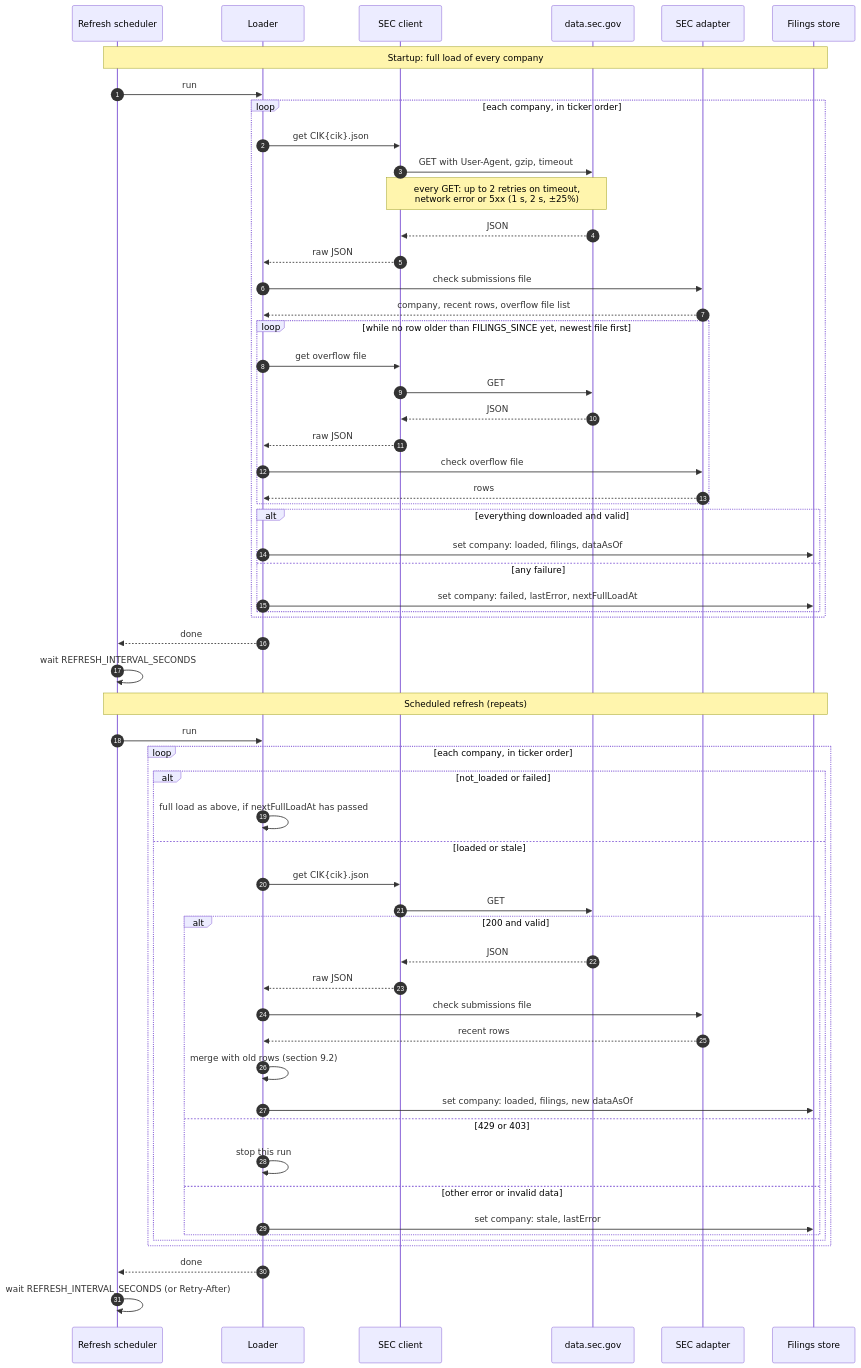
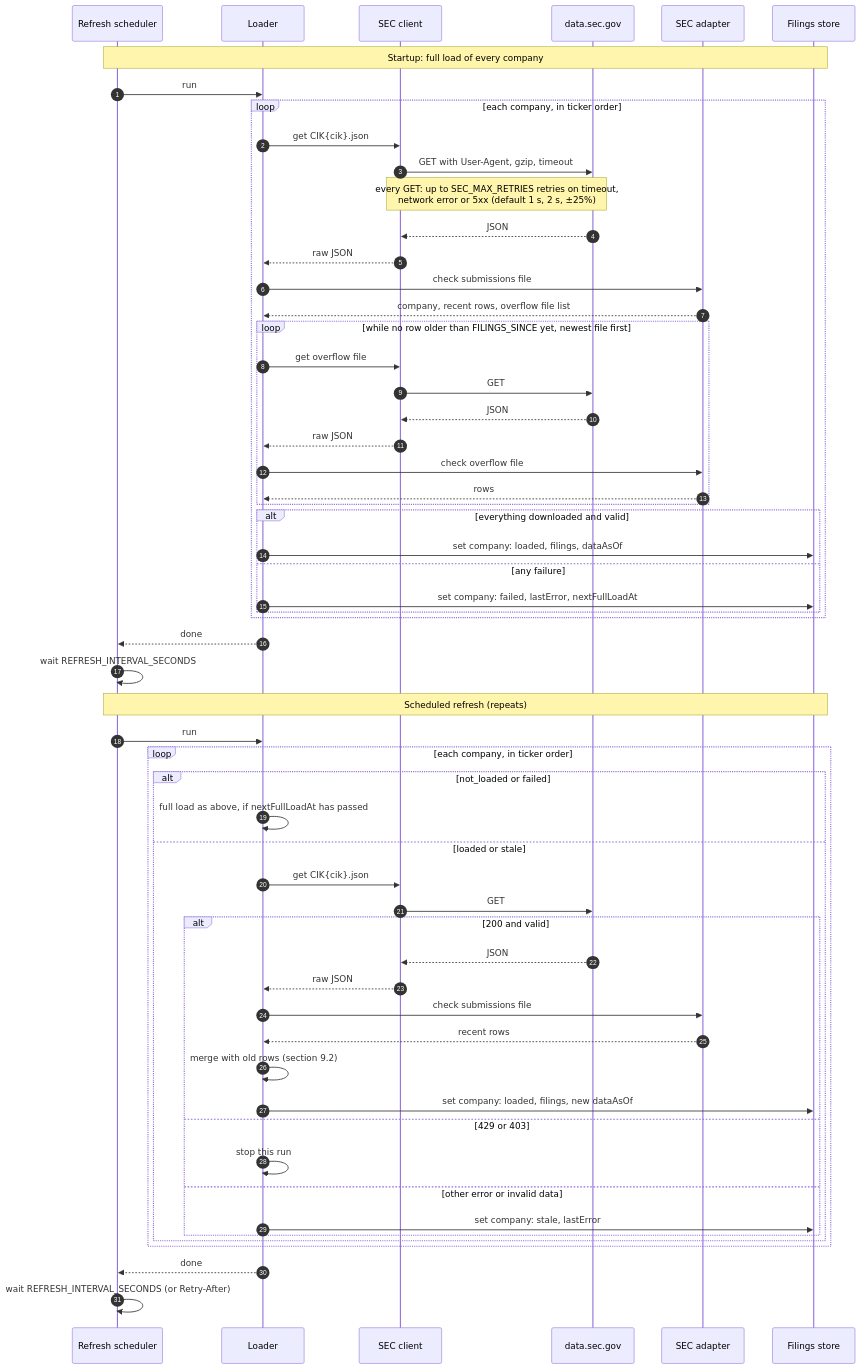
Before and after one commit to mostofakamal/edgar-filings-api: the second of 3 diagrams in docs/specs/2026-11-20-filings-api-core.md, drawn with Mermaid. The commit also changed other lines of this file and 7 other files, not shown here.

Commit message:
feat(sec): add SEC client with configurable URL, rate, timeout and retries

````diff
--- a/docs/specs/2026-11-20-filings-api-core.md
+++ b/docs/specs/2026-11-20-filings-api-core.md
@@ -553,62 +557,62 @@
 ```mermaid
 sequenceDiagram
     autonumber
     participant Sch as Refresh scheduler
     participant L as Loader
     participant C as SEC client
     participant SEC as data.sec.gov
     participant A as SEC adapter
     participant St as Filings store
 
     Note over Sch,St: Startup: full load of every company
     Sch->>L: run
     loop each company, in ticker order
         L->>C: get CIK{cik}.json
         C->>SEC: GET with User-Agent, gzip, timeout
-        Note over C,SEC: every GET: up to 2 retries on timeout,<br/>network error or 5xx (1 s, 2 s, ±25%)
+        Note over C,SEC: every GET: up to SEC_MAX_RETRIES retries on timeout,<br/>network error or 5xx (default 1 s, 2 s, ±25%)
         SEC-->>C: JSON
         C-->>L: raw JSON
         L->>A: check submissions file
         A-->>L: company, recent rows, overflow file list
         loop while no row older than FILINGS_SINCE yet, newest file first
             L->>C: get overflow file
             C->>SEC: GET
             SEC-->>C: JSON
             C-->>L: raw JSON
             L->>A: check overflow file
             A-->>L: rows
         end
         alt everything downloaded and valid
             L->>St: set company: loaded, filings, dataAsOf
         else any failure
             L->>St: set company: failed, lastError, nextFullLoadAt
         end
     end
     L-->>Sch: done
     Sch->>Sch: wait REFRESH_INTERVAL_SECONDS
 
     Note over Sch,St: Scheduled refresh (repeats)
     Sch->>L: run
     loop each company, in ticker order
         alt not_loaded or failed
             L->>L: full load as above, if nextFullLoadAt has passed
         else loaded or stale
             L->>C: get CIK{cik}.json
             C->>SEC: GET
             alt 200 and valid
                 SEC-->>C: JSON
                 C-->>L: raw JSON
                 L->>A: check submissions file
                 A-->>L: recent rows
                 L->>L: merge with old rows (section 9.2)
                 L->>St: set company: loaded, filings, new dataAsOf
             else 429 or 403
                 L->>L: stop this run
             else other error or invalid data
                 L->>St: set company: stale, lastError
             end
         end
     end
     L-->>Sch: done
     Sch->>Sch: wait REFRESH_INTERVAL_SECONDS (or Retry-After)
 ```
````
